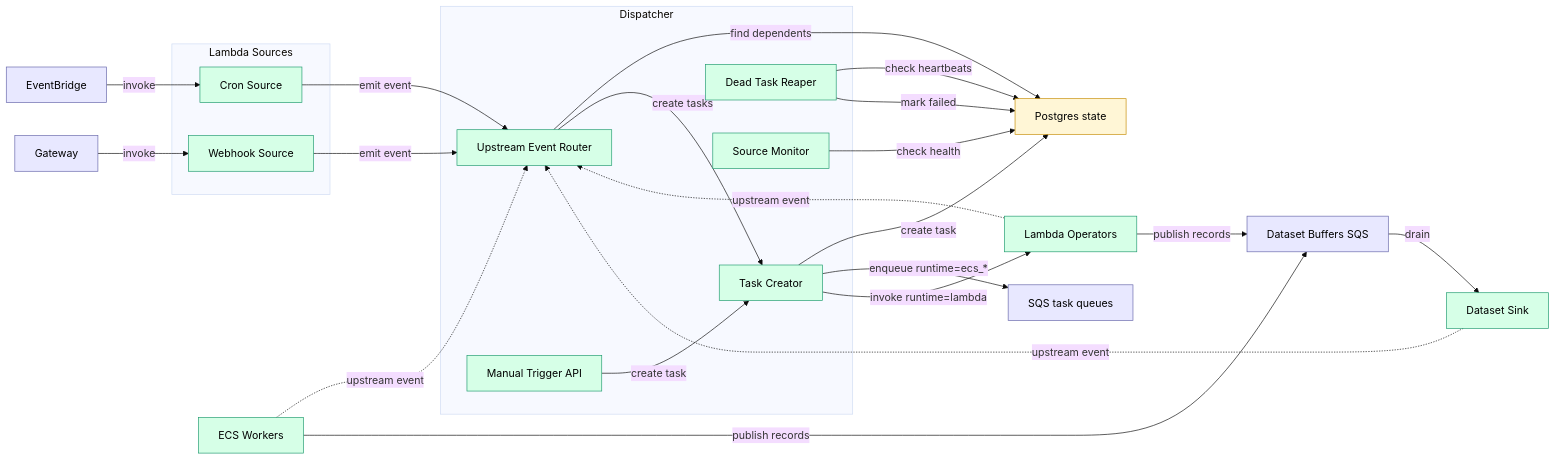
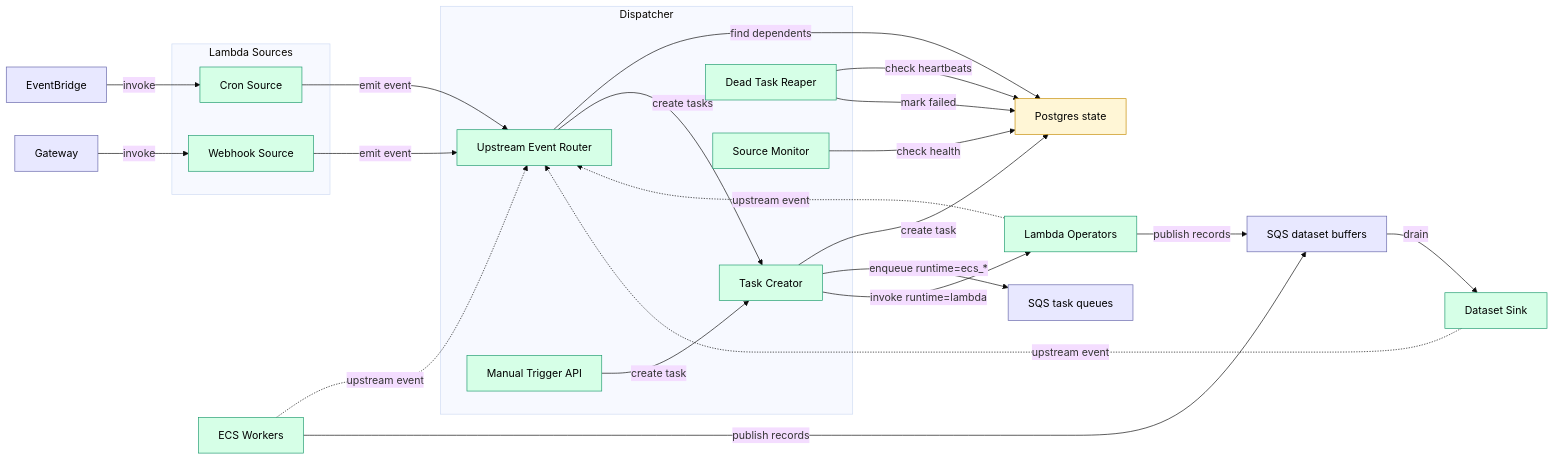
Before and after one commit to c7121/trace: the diagram in docs/architecture/containers/dispatcher.md, drawn with Mermaid (base theme). The commit also changed 4 other files, not shown here.

````diff
--- a/docs/architecture/containers/dispatcher.md
+++ b/docs/architecture/containers/dispatcher.md
@@ -100,52 +100,52 @@
 ```mermaid
 flowchart LR
     subgraph Sources["Lambda Sources"]
         cronSrc["Cron Source"]:::component
         webhookSrc["Webhook Source"]:::component
     end
 
     subgraph Dispatch["Dispatcher"]
         taskCreate["Task Creator"]:::component
         eventRouter["Upstream Event Router"]:::component
         reaper["Dead Task Reaper"]:::component
         sourceMon["Source Monitor"]:::component
         manualApi["Manual Trigger API"]:::component
     end
 
     eventbridge["EventBridge"]:::infra
     gateway["Gateway"]:::infra
     task_sqs["SQS task queues"]:::infra
-    buffers["Dataset Buffers SQS"]:::infra
+    buffers["SQS dataset buffers"]:::infra
     postgres_state["Postgres state"]:::database
     workers["ECS Workers"]:::component
     lambdaOps["Lambda Operators"]:::component
     sinks["Dataset Sink"]:::component
 
     eventbridge -->|invoke| cronSrc
     gateway -->|invoke| webhookSrc
     
     cronSrc -->|emit event| eventRouter
     webhookSrc -->|emit event| eventRouter
     manualApi -->|create task| taskCreate
     
     workers -.->|upstream event| eventRouter
     lambdaOps -.->|upstream event| eventRouter
     eventRouter -->|find dependents| postgres_state
     eventRouter -->|create tasks| taskCreate
     
     taskCreate -->|create task| postgres_state
     taskCreate -->|enqueue runtime=ecs_*| task_sqs
     taskCreate -->|invoke runtime=lambda| lambdaOps
     reaper -->|check heartbeats| postgres_state
     reaper -->|mark failed| postgres_state
     sourceMon -->|check health| postgres_state
 
     workers -->|publish records| buffers
     lambdaOps -->|publish records| buffers
     buffers -->|drain| sinks
     sinks -.->|upstream event| eventRouter
 
     classDef component fill:#d6ffe7,stroke:#1f9a6f,color:#000;
     classDef infra fill:#e8e8ff,stroke:#6666aa,color:#000;
     classDef database fill:#fff6d6,stroke:#c58b00,color:#000;
 ```
````
